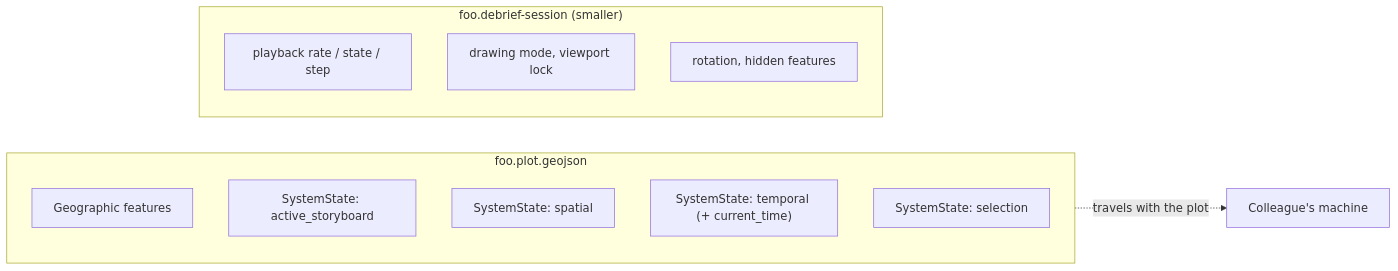
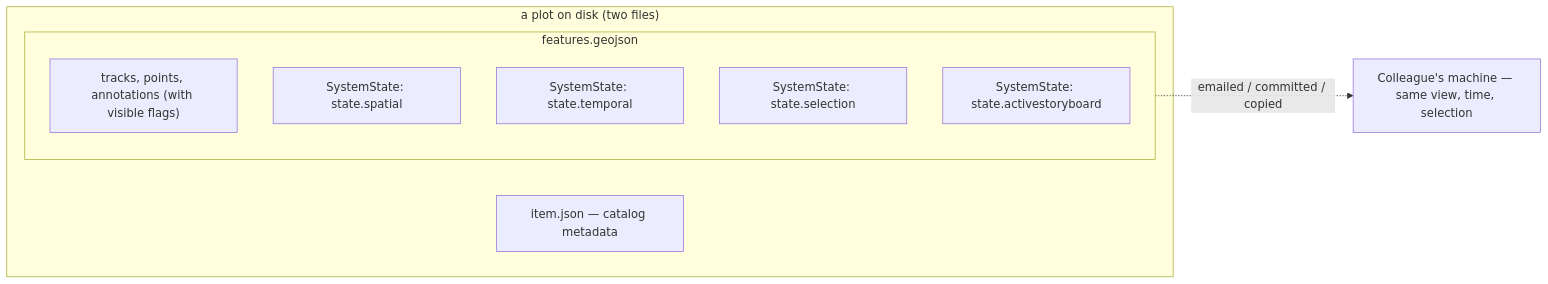
The second of 2 diagrams in specs/261-session-state-systemstate/evidence/opening-context.md (debrief/debrief-future), drawn with Mermaid before and after one commit. The commit also changed other lines of this file and 8 other files, not shown here.

````diff
--- a/specs/261-session-state-systemstate/evidence/opening-context.md
+++ b/specs/261-session-state-systemstate/evidence/opening-context.md
@@ -34,16 +30,14 @@
 ```mermaid
 flowchart LR
-  subgraph Plot["foo.plot.geojson"]
-    Features["Geographic features"]
-    SS_AS["SystemState: active_storyboard"]
-    SS_SP["SystemState: spatial"]
-    SS_TM["SystemState: temporal (+ current_time)"]
-    SS_SE["SystemState: selection"]
+  subgraph PlotDir["a plot on disk (two files)"]
+    Item["item.json — catalog metadata"]
+    subgraph Features["features.geojson"]
+      Geo["tracks, points, annotations (with visible flags)"]
+      SS_SP["SystemState: state.spatial"]
+      SS_TM["SystemState: state.temporal"]
+      SS_SE["SystemState: state.selection"]
+      SS_AS["SystemState: state.activestoryboard"]
+    end
   end
-  subgraph Sidecar["foo.debrief-session (smaller)"]
-    Playback["playback rate / state / step"]
-    Drawing["drawing mode, viewport lock"]
-    Rotation["rotation, hidden features"]
-  end
-  Plot -. travels with the plot .-> Colleague2["Colleague's machine"]
+  Features -. emailed / committed / copied .-> Colleague["Colleague's machine — same view, time, selection"]
 ```
````
